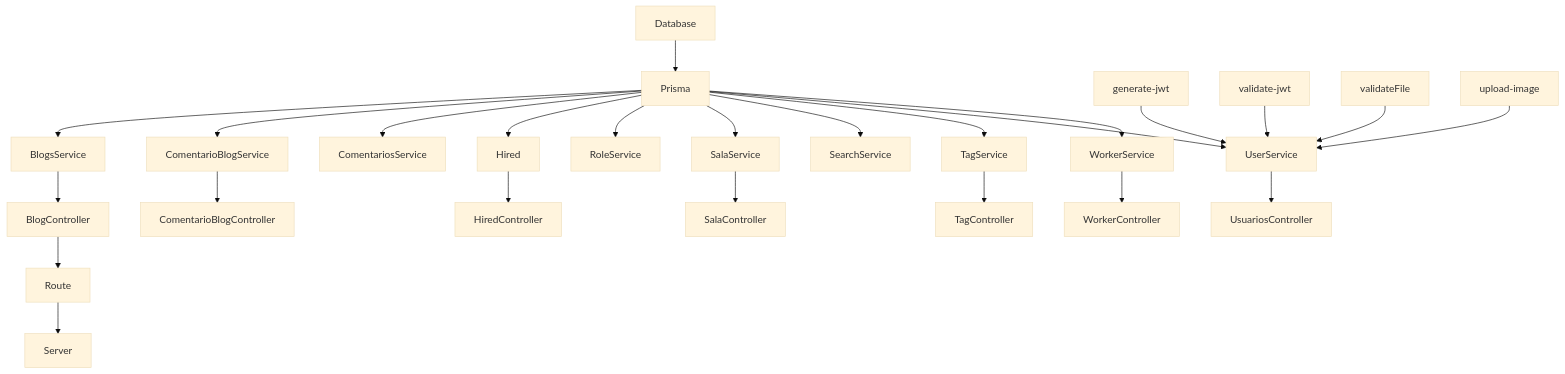
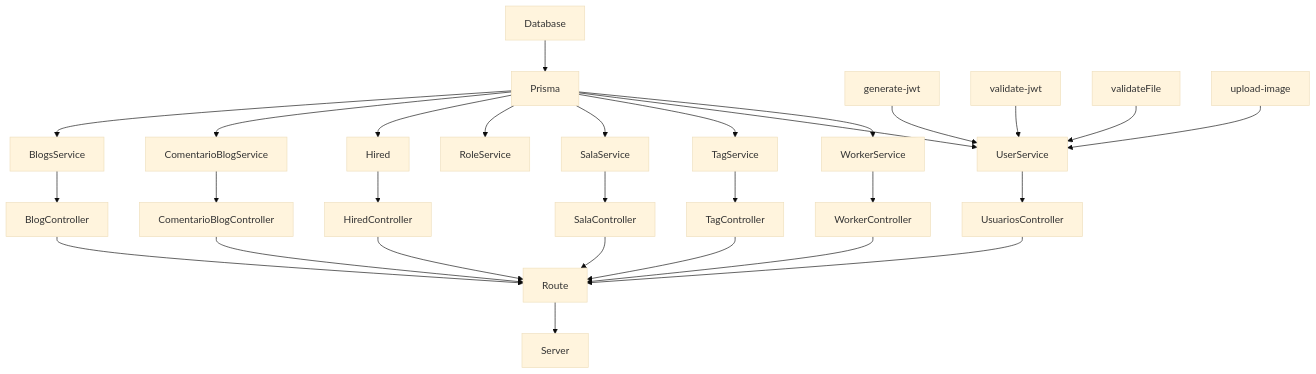
The diagram in README.MD (martinGM05/Server-Hagamoslo), drawn with Mermaid (base theme) before and after one commit. The commit also changed 2 other files, not shown here.

Commit message:
Readme updated

````diff
--- a/README.MD
+++ b/README.MD
@@ -40,27 +40,31 @@
 ```mermaid
 graph TD;
     Database --> Prisma;
     Prisma --> BlogsService;
     Prisma --> ComentarioBlogService;
-    Prisma --> ComentariosService;
     Prisma --> Hired;
     Prisma --> RoleService;
     Prisma --> SalaService;
-    Prisma --> SearchService;
     Prisma --> TagService;
     Prisma --> UserService;
     Prisma --> WorkerService;
     BlogsService --> BlogController;
     ComentarioBlogService --> ComentarioBlogController;
     Hired --> HiredController;
     SalaService --> SalaController;
     TagService --> TagController;
     generate-jwt --> UserService;
     validate-jwt --> UserService;
     validateFile --> UserService;
     upload-image --> UserService; 
     UserService --> UsuariosController;
     WorkerService --> WorkerController;
     BlogController --> Route;
+    ComentarioBlogController --> Route;
+    HiredController --> Route;
+    SalaController --> Route;
+    TagController --> Route;
+    UsuariosController --> Route;
+    WorkerController --> Route;
     Route --> Server;
 ```
````
